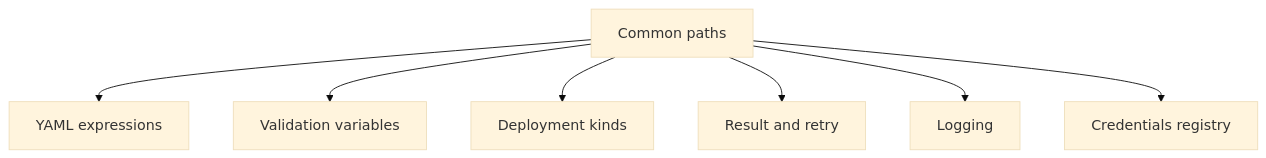
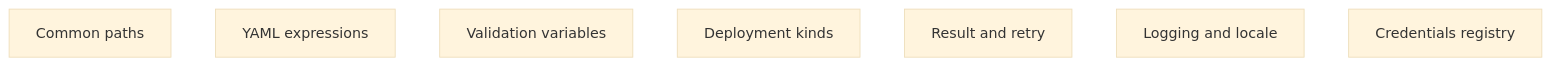
The sixth of 7 diagrams in docs/design/02-component-breakdown.md (alissonsol/yuruna), drawn with Mermaid (base theme) before and after one commit. The commit also changed other lines of this file and 849 other files, not shown here.

````diff
--- a/docs/design/02-component-breakdown.md
+++ b/docs/design/02-component-breakdown.md
@@ -131,9 +138,10 @@
 ```mermaid
 flowchart TD
-  common-paths["Common paths"] --> yaml-expressions["YAML expressions"]
-  common-paths --> validation-variables["Validation variables"]
-  common-paths --> deployment-kinds["Deployment kinds"]
-  common-paths --> result-retry["Result and retry"]
-  common-paths --> logging["Logging"]
-  common-paths --> credentials-registry["Credentials registry"]
+  common-paths["Common paths"]
+  yaml-expressions["YAML expressions"]
+  validation-variables["Validation variables"]
+  deployment-kinds["Deployment kinds"]
+  result-retry["Result and retry"]
+  logging["Logging and locale"]
+  credentials-registry["Credentials registry"]
 ```
````
